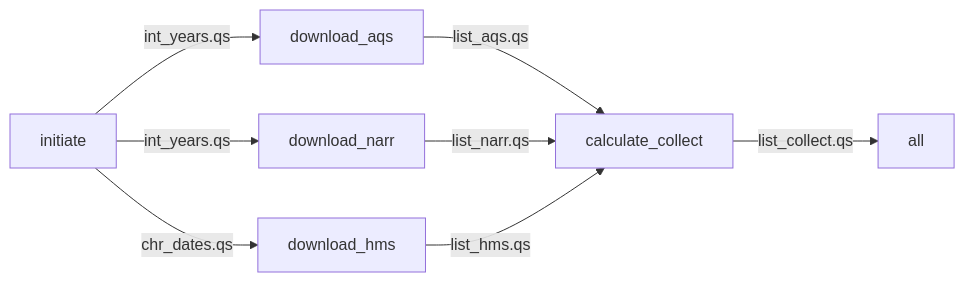
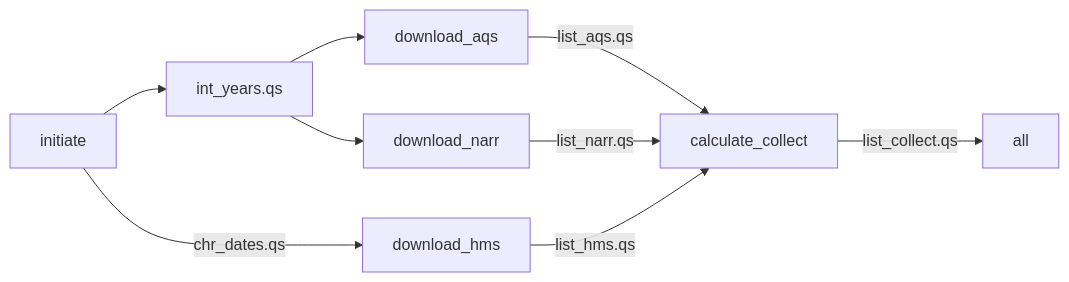
Before and after one commit to mitchellmanware/beethoven-sm: the diagram in README.md, drawn with Mermaid.

Commit message:
update README.md (manual)

````diff
--- a/README.md
+++ b/README.md
@@ -54,10 +54,14 @@
 ```mermaid
 flowchart LR
-    initiate[initiate] -->|int_years.qs| aqs[download_aqs]
-    initiate -->|int_years.qs| narr[download_narr]
+    initiate[initiate] --> years[int_years.qs]
     initiate -->|chr_dates.qs| hms[download_hms]
+
+    years --> aqs[download_aqs]
+    years --> narr[download_narr]
+
     aqs -->|list_aqs.qs| collect[calculate_collect]
     narr -->|list_narr.qs| collect
     hms -->|list_hms.qs| collect
+
     collect -->|list_collect.qs| all[all]
 ```
````
